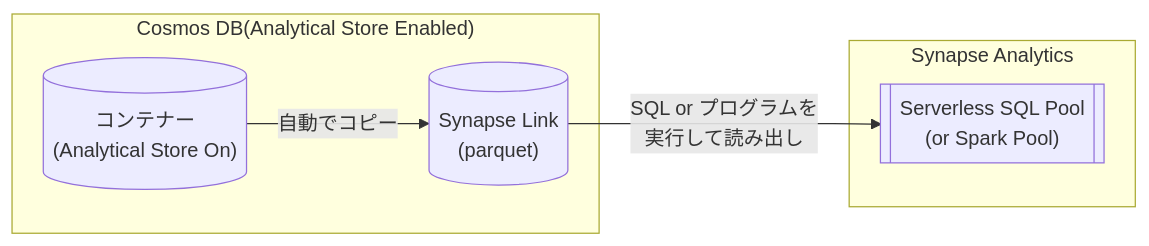
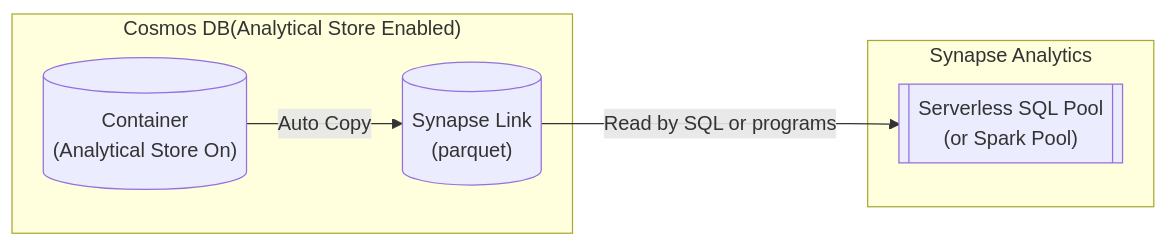
One commit to tahayaka-microsoft/CosmosDB-ChangeFeed-Functions changed the fourth of 5 diagrams in en/00_CosmosDB_Essential.md. Above: the diagram before and after it, drawn with Mermaid. The commit also changed other lines of this file, not shown here.

````diff
--- a/en/00_CosmosDB_Essential.md
+++ b/en/00_CosmosDB_Essential.md
@@ -433,14 +433,13 @@
 ```mermaid
 graph LR
 subgraph "Cosmos DB(Analytical Store Enabled)"
-  A[("コンテナー
-  (Analytical Store On)")] --"自動でコピー"--> B[("Synapse Link
+  A[("Container
+  (Analytical Store On)")] --"Auto Copy"--> B[("Synapse Link
   (parquet)")]
 end
 subgraph Synapse Analytics
   C[["Serverless SQL Pool
   (or Spark Pool)"]]
 end
-B --"SQL or プログラムを
-実行して読み出し"--> C
+B --"Read by SQL or programs"--> C
 ```
````
